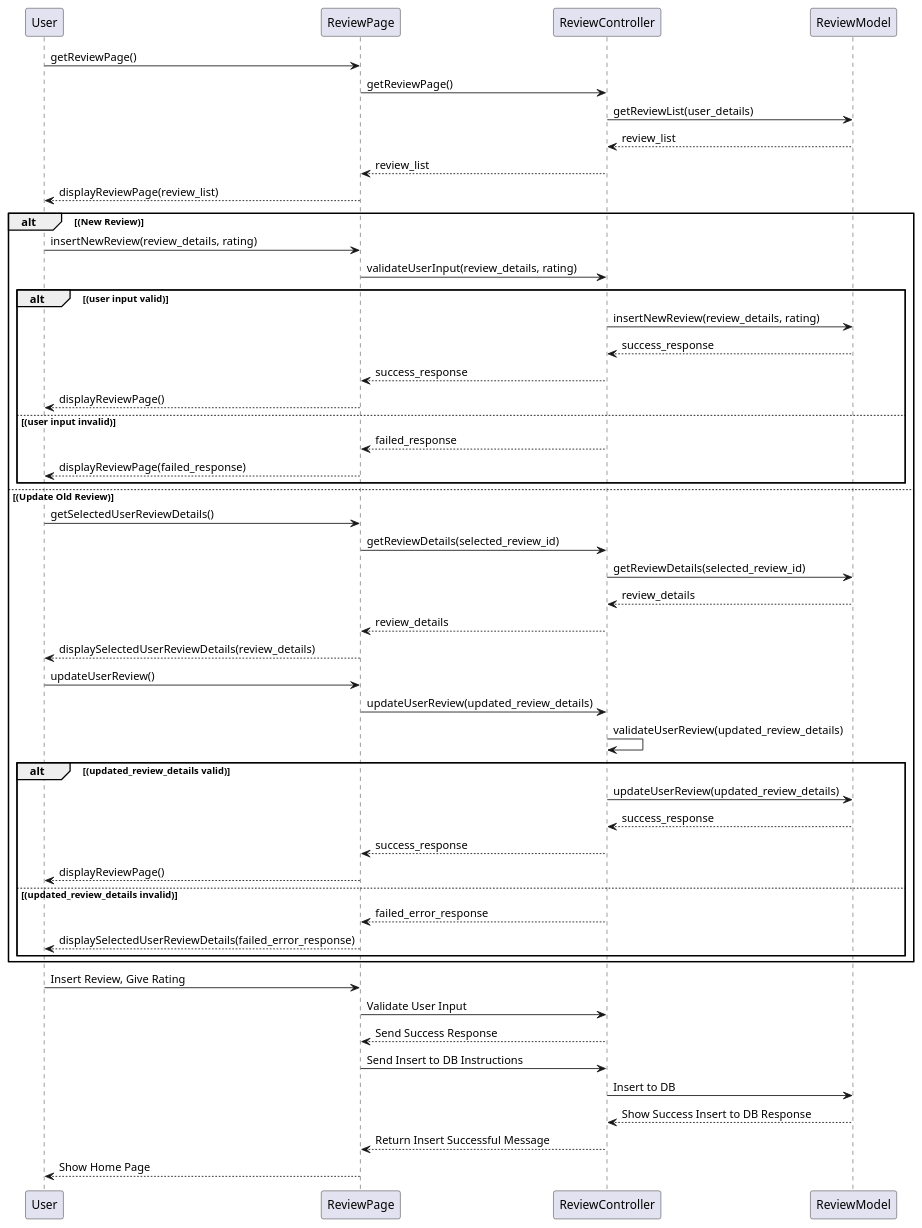
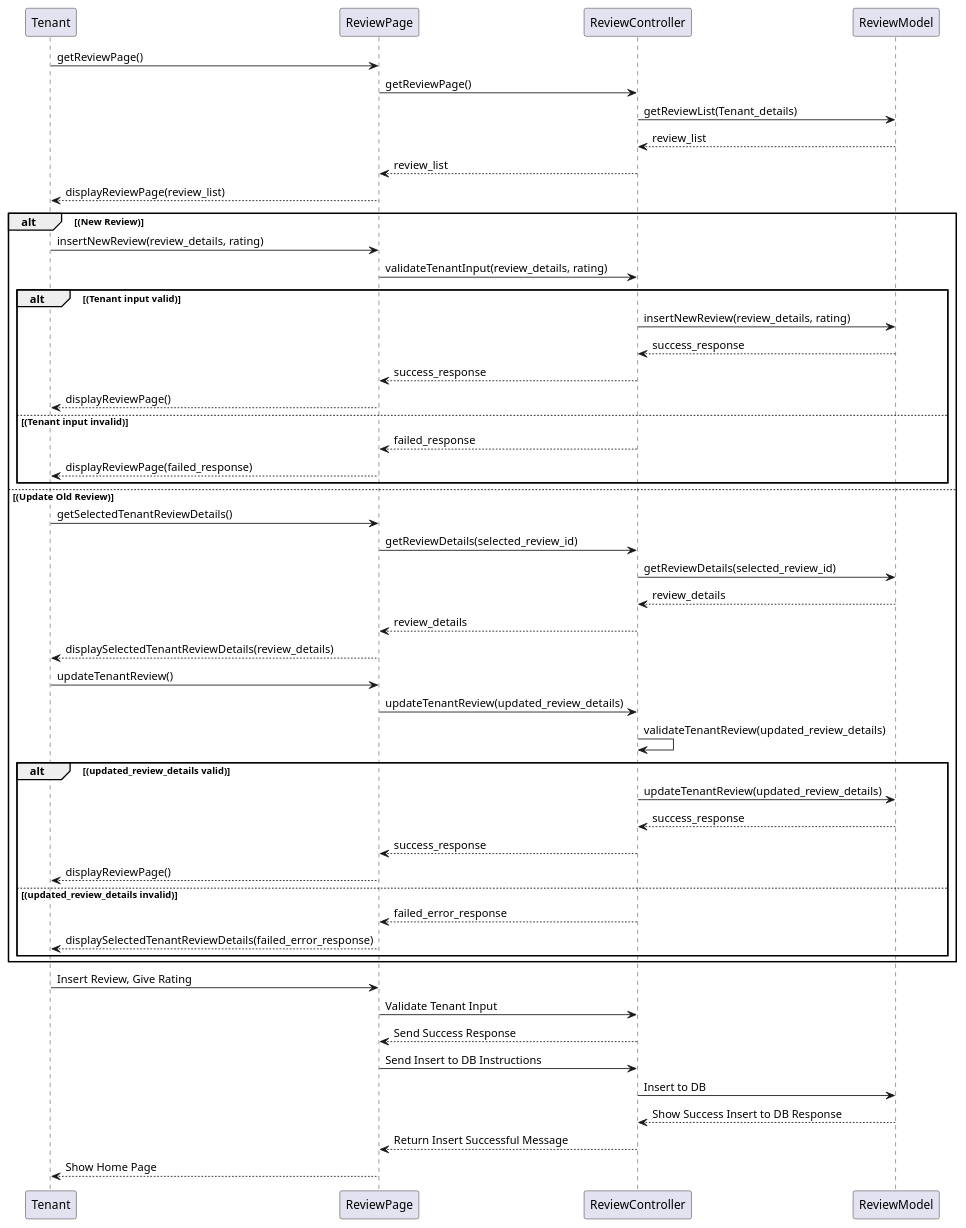
Before and after one commit to AntWort21/BHFMS: the diagram in Design/BHFMS_SEQUENCE/Review.puml, drawn with PlantUML. The commit also changed 11 other files, not shown here.

Commit message:
adjusted all diagram's actor

```diff
--- a/Design/BHFMS_SEQUENCE/Review.puml
+++ b/Design/BHFMS_SEQUENCE/Review.puml
@@ -1,55 +1,55 @@
 @startuml
-User -> ReviewPage: getReviewPage()
+Tenant -> ReviewPage: getReviewPage()
 ReviewPage -> ReviewController: getReviewPage()
-ReviewController -> ReviewModel: getReviewList(user_details)
+ReviewController -> ReviewModel: getReviewList(Tenant_details)
 ReviewController <-- ReviewModel: review_list
 ReviewPage <-- ReviewController: review_list
-User <-- ReviewPage: displayReviewPage(review_list)
+Tenant <-- ReviewPage: displayReviewPage(review_list)
 
 alt (New Review)
-    User -> ReviewPage: insertNewReview(review_details, rating)
-    ReviewPage -> ReviewController: validateUserInput(review_details, rating)
+    Tenant -> ReviewPage: insertNewReview(review_details, rating)
+    ReviewPage -> ReviewController: validateTenantInput(review_details, rating)
 
-    alt (user input valid)
+    alt (Tenant input valid)
         ReviewController -> ReviewModel: insertNewReview(review_details, rating)
         ReviewController <-- ReviewModel: success_response
         ReviewPage <-- ReviewController: success_response
-        User <-- ReviewPage: displayReviewPage()
-    else (user input invalid)
+        Tenant <-- ReviewPage: displayReviewPage()
+    else (Tenant input invalid)
         ReviewPage <-- ReviewController: failed_response
-        User <-- ReviewPage: displayReviewPage(failed_response)
+        Tenant <-- ReviewPage: displayReviewPage(failed_response)
     end
 
 else (Update Old Review)
-    User -> ReviewPage: getSelectedUserReviewDetails()
+    Tenant -> ReviewPage: getSelectedTenantReviewDetails()
     ReviewPage -> ReviewController: getReviewDetails(selected_review_id)
     ReviewController -> ReviewModel: getReviewDetails(selected_review_id)
     ReviewController <-- ReviewModel: review_details
     ReviewPage <-- ReviewController: review_details
-    User <-- ReviewPage: displaySelectedUserReviewDetails(review_details)
+    Tenant <-- ReviewPage: displaySelectedTenantReviewDetails(review_details)
 
-    User -> ReviewPage: updateUserReview()
-    ReviewPage -> ReviewController: updateUserReview(updated_review_details)
-    ReviewController -> ReviewController: validateUserReview(updated_review_details)
+    Tenant -> ReviewPage: updateTenantReview()
+    ReviewPage -> ReviewController: updateTenantReview(updated_review_details)
+    ReviewController -> ReviewController: validateTenantReview(updated_review_details)
 
     alt (updated_review_details valid)
-        ReviewController -> ReviewModel: updateUserReview(updated_review_details)
+        ReviewController -> ReviewModel: updateTenantReview(updated_review_details)
         ReviewController <-- ReviewModel: success_response
         ReviewPage <-- ReviewController: success_response
-        User <-- ReviewPage: displayReviewPage()
+        Tenant <-- ReviewPage: displayReviewPage()
     else (updated_review_details invalid)
         ReviewPage <-- ReviewController: failed_error_response
-        User <-- ReviewPage: displaySelectedUserReviewDetails(failed_error_response)
+        Tenant <-- ReviewPage: displaySelectedTenantReviewDetails(failed_error_response)
     end
 end
 
-User -> ReviewPage: Insert Review, Give Rating
-ReviewPage -> ReviewController: Validate User Input
+Tenant -> ReviewPage: Insert Review, Give Rating
+ReviewPage -> ReviewController: Validate Tenant Input
 ReviewPage <-- ReviewController: Send Success Response
 ReviewPage -> ReviewController: Send Insert to DB Instructions
 ReviewController -> ReviewModel: Insert to DB
 ReviewController <-- ReviewModel: Show Success Insert to DB Response
 ReviewPage <-- ReviewController: Return Insert Successful Message
-User <-- ReviewPage: Show Home Page
+Tenant <-- ReviewPage: Show Home Page
 
 @enduml
```
